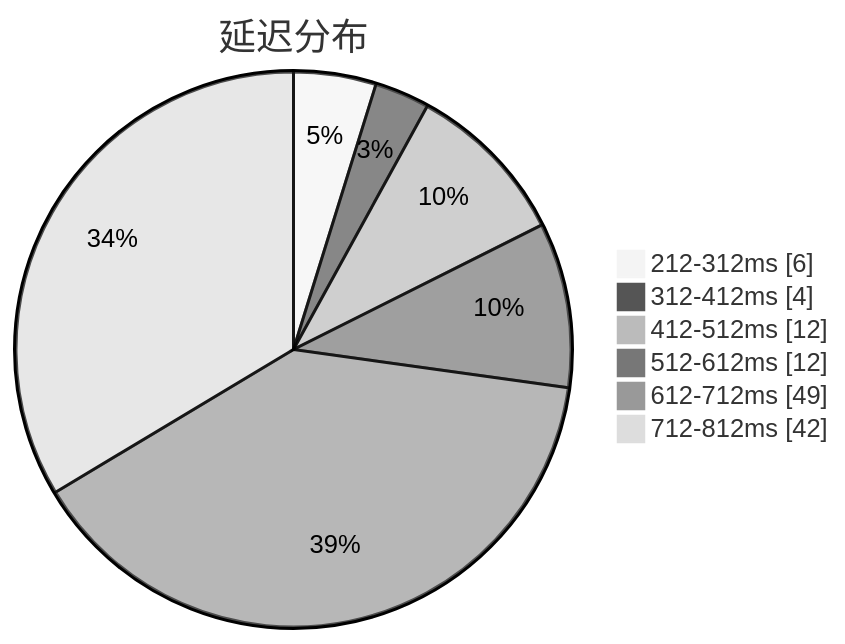
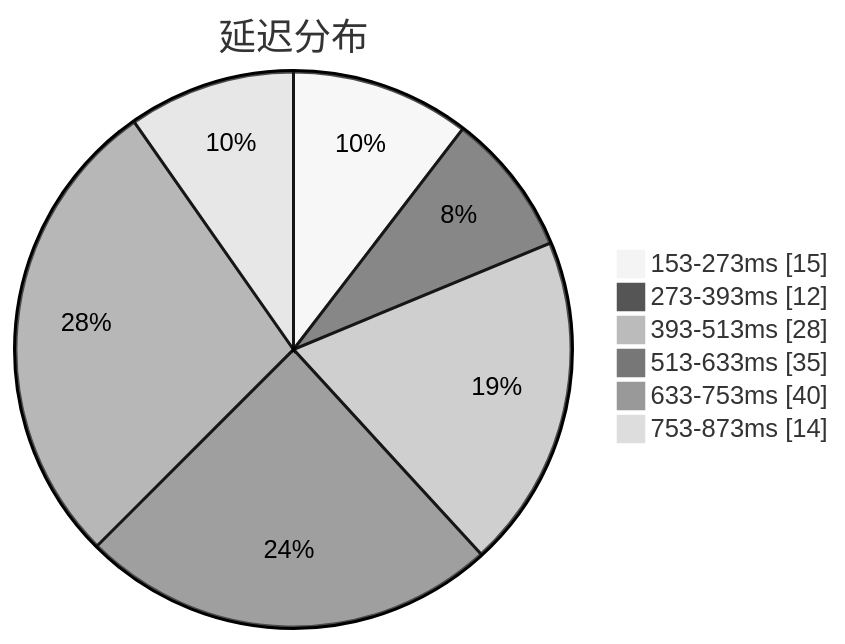
Before and after one commit to qjlxg/airport: the first of 3 diagrams in subs/statistics/tested_within.md, drawn with Mermaid (neutral theme). The commit also changed other lines of this file and 2 other files, not shown here.

Commit message:
Tested by metaST

````diff
--- a/subs/statistics/tested_within.md
+++ b/subs/statistics/tested_within.md
@@ -2,10 +2,10 @@
 ```mermaid
 pie showData
 title 延迟分布
-"212-312ms" : 6
-"312-412ms" : 4
-"412-512ms" : 12
-"512-612ms" : 12
-"612-712ms" : 49
-"712-812ms" : 42
+"153-273ms" : 15
+"273-393ms" : 12
+"393-513ms" : 28
+"513-633ms" : 35
+"633-753ms" : 40
+"753-873ms" : 14
 ```
````
